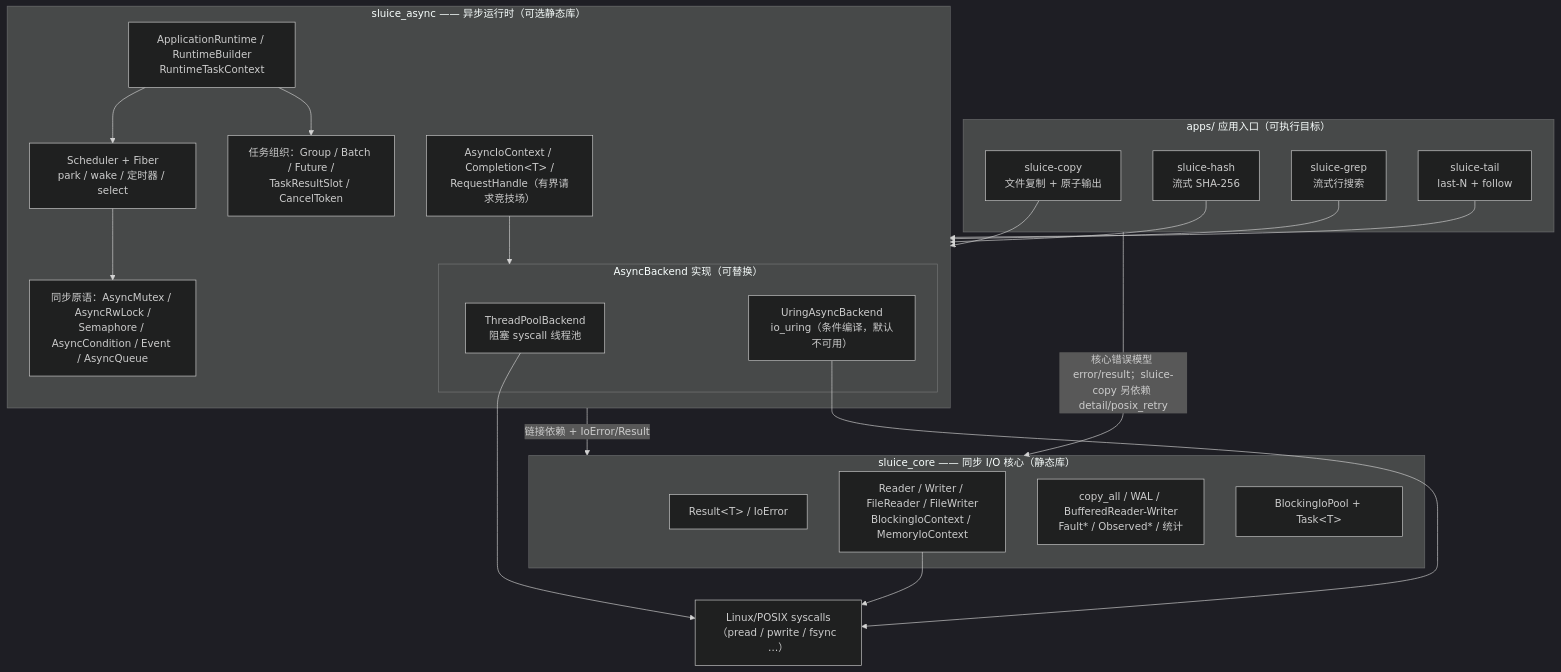
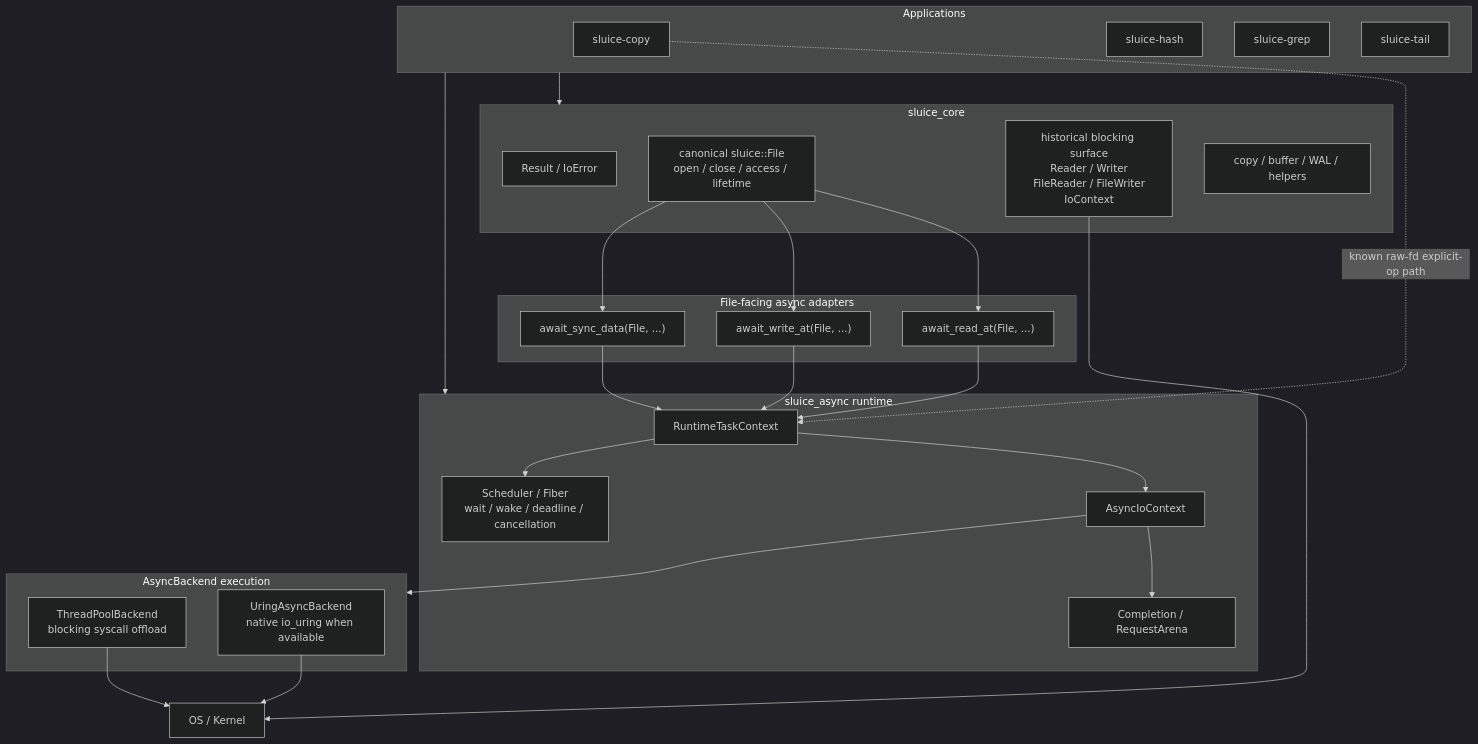
The diagram in docs/architecture.md (jnhu76/Sluice), drawn with Mermaid (dark theme) before and after one commit. The commit also changed other lines of this file, not shown here.

Commit message:
docs: resnapshot architecture after File convergence

````diff
--- a/docs/architecture.md
+++ b/docs/architecture.md
@@ -42,44 +50,58 @@
 ```mermaid
-graph TD
-    subgraph APPS["apps/ 应用入口（可执行目标）"]
-        COPY["sluice-copy<br/>文件复制 + 原子输出"]
-        HASH["sluice-hash<br/>流式 SHA-256"]
-        GREP["sluice-grep<br/>流式行搜索"]
-        TAIL["sluice-tail<br/>last-N + follow"]
+flowchart TB
+    subgraph APPS["Applications"]
+        COPY["sluice-copy"]
+        HASH["sluice-hash"]
+        GREP["sluice-grep"]
+        TAIL["sluice-tail"]
     end
 
-    subgraph ASYNC["sluice_async —— 异步运行时（可选静态库）"]
-        RT["ApplicationRuntime / RuntimeBuilder<br/>RuntimeTaskContext"]
-        SCHED["Scheduler + Fiber<br/>park / wake / 定时器 / select"]
-        PRIM["同步原语：AsyncMutex / AsyncRwLock /<br/>Semaphore / AsyncCondition / Event / AsyncQueue"]
-        ORG["任务组织：Group / Batch / Future /<br/>TaskResultSlot / CancelToken"]
-        CTX["AsyncIoContext / Completion&lt;T&gt; /<br/>RequestHandle（有界请求竞技场）"]
-        subgraph BACKENDS["AsyncBackend 实现（可替换）"]
-            TP["ThreadPoolBackend<br/>阻塞 syscall 线程池"]
-            UB["UringAsyncBackend<br/>io_uring（条件编译，默认不可用）"]
-        end
+    subgraph CORE["sluice_core"]
+        RESULT["Result<T> / IoError"]
+        FILE["canonical sluice::File<br/>open / close / access / lifetime"]
+        LEGACY["historical blocking surface<br/>Reader / Writer<br/>FileReader / FileWriter<br/>IoContext"]
+        COMPOSE["copy / buffer / WAL / helpers"]
     end
 
-    subgraph CORE["sluice_core —— 同步 I/O 核心（静态库）"]
-        ERR["Result&lt;T&gt; / IoError"]
-        RW["Reader / Writer / FileReader / FileWriter<br/>BlockingIoContext / MemoryIoContext"]
-        COMB["copy_all / WAL / BufferedReader-Writer<br/>Fault* / Observed* / 统计"]
-        POOL["BlockingIoPool + Task&lt;T&gt;"]
+    subgraph ASYNC_API["File-facing async adapters"]
+        AR["await_read_at(File, ...) "]
+        AW["await_write_at(File, ...) "]
+        AS["await_sync_data(File, ...) "]
     end
 
-    OS["Linux/POSIX syscalls<br/>（pread / pwrite / fsync …）"]
+    subgraph RUNTIME["sluice_async runtime"]
+        RTC["RuntimeTaskContext"]
+        AIO["AsyncIoContext"]
+        COMP["Completion<T> / RequestArena"]
+        SCHED["Scheduler / Fiber<br/>wait / wake / deadline / cancellation"]
+    end
 
-    COPY --> ASYNC
-    HASH --> ASYNC
-    GREP --> ASYNC
-    TAIL --> ASYNC
-    APPS -->|"核心错误模型 error/result；sluice-copy 另依赖 detail/posix_retry"| CORE
-    ASYNC -->|"链接依赖 + IoError/Result"| CORE
-    CTX --> BACKENDS
-    RT --> SCHED
-    RT --> ORG
-    SCHED --> PRIM
+    subgraph EXEC["AsyncBackend execution"]
+        TP["ThreadPoolBackend<br/>blocking syscall offload"]
+        UR["UringAsyncBackend<br/>native io_uring when available"]
+    end
+
+    OS["OS / Kernel"]
+
+    APPS --> CORE
+    APPS --> RUNTIME
+
+    FILE --> AR
+    FILE --> AW
+    FILE --> AS
+
+    AR --> RTC
+    AW --> RTC
+    AS --> RTC
+
+    RTC --> AIO
+    AIO --> COMP
+    RTC --> SCHED
+    AIO --> EXEC
+
     TP --> OS
-    UB --> OS
-    RW --> OS
+    UR --> OS
+    LEGACY --> OS
+
+    COPY -. "known raw-fd explicit-op path" .-> RTC
 ```
````
